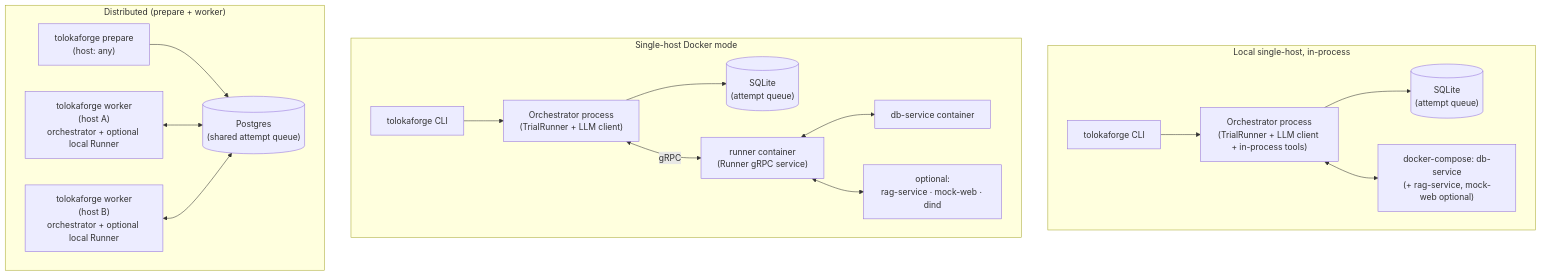
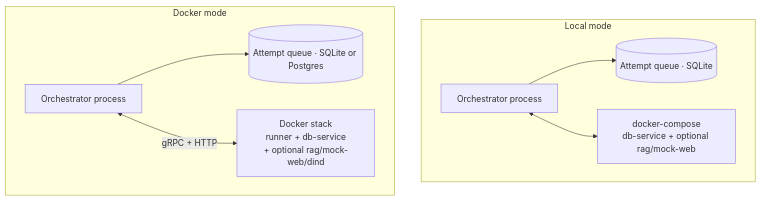
One commit to Toloka/tolokaforge changed the fifth of 5 diagrams in docs/architecture/README.md. Above: the diagram before and after it, drawn with Mermaid. The commit also changed other lines of this file, not shown here.

First line of the commit message:
docs(architecture): simplify diagrams and fix Mermaid sequence syntax

````diff
--- a/docs/architecture/README.md
+++ b/docs/architecture/README.md
@@ -258,36 +203,18 @@
 ```mermaid
 flowchart TB
-    subgraph Local["Local single-host, in-process"]
-        L_CLI["tolokaforge CLI"]
-        L_Orch["Orchestrator process<br/>(TrialRunner + LLM client + in-process tools)"]
-        L_SQLite[("SQLite<br/>(attempt queue)")]
-        L_DB["docker-compose: db-service<br/>(+ rag-service, mock-web optional)"]
-        L_CLI --> L_Orch
-        L_Orch --> L_SQLite
-        L_Orch <--> L_DB
+    subgraph Local["Local mode"]
+        L_Orch["Orchestrator process"]
+        L_Q[("Attempt queue · SQLite")]
+        L_Env["docker-compose<br/>db-service + optional rag/mock-web"]
+        L_Orch --> L_Q
+        L_Orch <--> L_Env
     end
 
-    subgraph Docker["Single-host Docker mode"]
-        D_CLI["tolokaforge CLI"]
-        D_Orch["Orchestrator process<br/>(TrialRunner + LLM client)"]
-        D_Runner["runner container<br/>(Runner gRPC service)"]
-        D_DB["db-service container"]
-        D_Extras["optional:<br/>rag-service · mock-web · dind"]
-        D_SQLite[("SQLite<br/>(attempt queue)")]
-        D_CLI --> D_Orch
-        D_Orch --> D_SQLite
-        D_Orch <-->|gRPC| D_Runner
-        D_Runner <--> D_DB
-        D_Runner <--> D_Extras
-    end
-
-    subgraph Dist["Distributed (prepare + worker)"]
-        D2_Prep["tolokaforge prepare<br/>(host: any)"]
-        D2_PG[("Postgres<br/>(shared attempt queue)")]
-        D2_W1["tolokaforge worker<br/>(host A)<br/>orchestrator + optional local Runner"]
-        D2_W2["tolokaforge worker<br/>(host B)<br/>orchestrator + optional local Runner"]
-        D2_Prep --> D2_PG
-        D2_W1 <--> D2_PG
-        D2_W2 <--> D2_PG
+    subgraph DockerMode["Docker mode"]
+        D_Orch["Orchestrator process"]
+        D_Q[("Attempt queue · SQLite or Postgres")]
+        D_Stack["Docker stack<br/>runner + db-service<br/>+ optional rag/mock-web/dind"]
+        D_Orch --> D_Q
+        D_Orch <-->|gRPC + HTTP| D_Stack
     end
 ```
````
